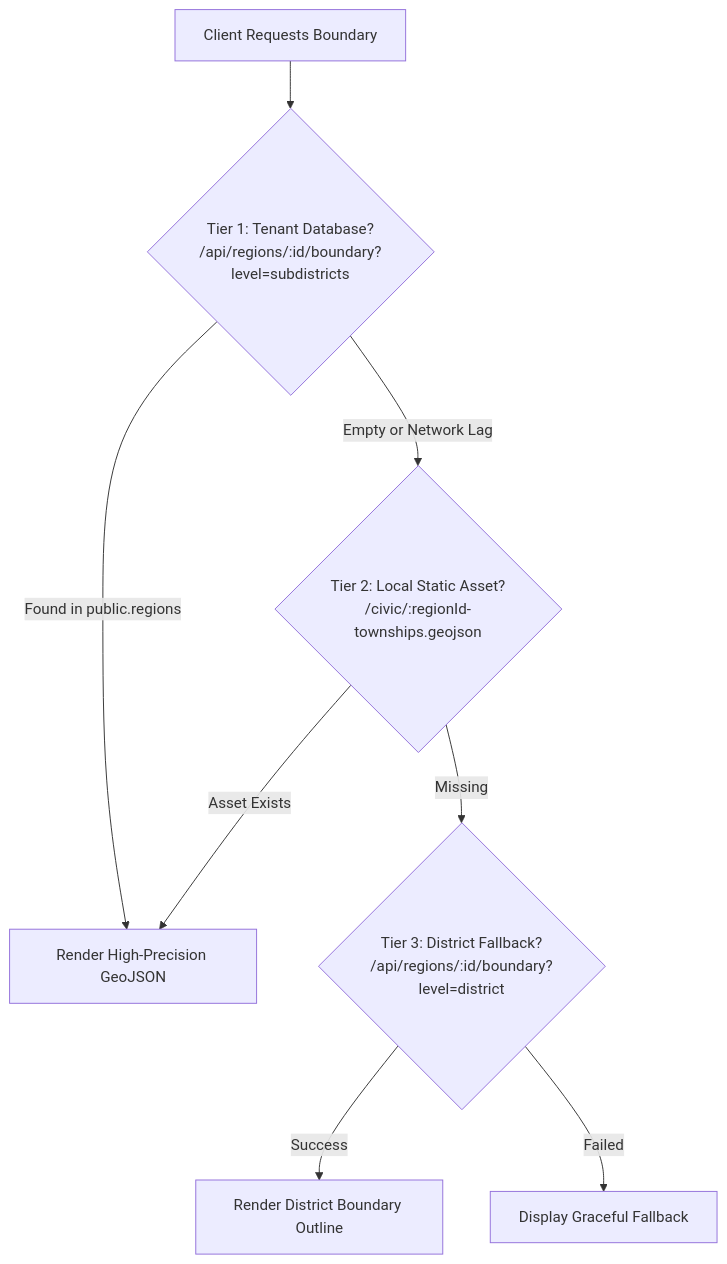
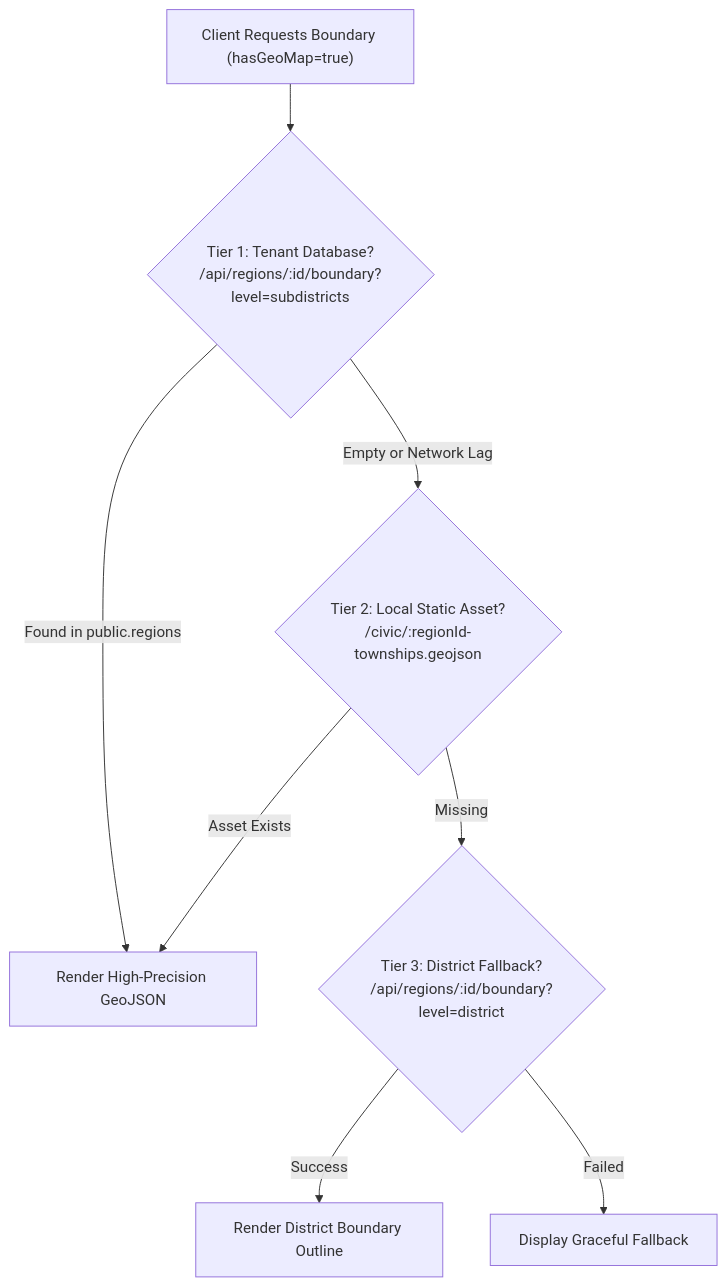
The diagram in docs/SPATIAL.md (FireTable/12345), drawn with Mermaid before and after one commit. The commit also changed other lines of this file and 18 other files, not shown here.

````diff
--- a/docs/SPATIAL.md
+++ b/docs/SPATIAL.md
@@ -45,10 +61,10 @@
 ```mermaid
 flowchart TD
-    A[Client Requests Boundary] --> B{Tier 1: Tenant Database?<br/>/api/regions/:id/boundary?level=subdistricts}
-    B -->|Found in public.regions| C[Render High-Precision GeoJSON]
-    B -->|Empty or Network Lag| D{Tier 2: Local Static Asset?<br/>/civic/:regionId-townships.geojson}
+    A["Client Requests Boundary (hasGeoMap=true)"] --> B{"Tier 1: Tenant Database?<br/>/api/regions/:id/boundary?level=subdistricts"}
+    B -->|Found in public.regions| C["Render High-Precision GeoJSON"]
+    B -->|Empty or Network Lag| D{"Tier 2: Local Static Asset?<br/>/civic/:regionId-townships.geojson"}
     D -->|Asset Exists| C
-    D -->|Missing| E{Tier 3: District Fallback?<br/>/api/regions/:id/boundary?level=district}
-    E -->|Success| F[Render District Boundary Outline]
-    E -->|Failed| G[Display Graceful Fallback]
+    D -->|Missing| E{"Tier 3: District Fallback?<br/>/api/regions/:id/boundary?level=district"}
+    E -->|Success| F["Render District Boundary Outline"]
+    E -->|Failed| G["Display Graceful Fallback"]
 ```
````
